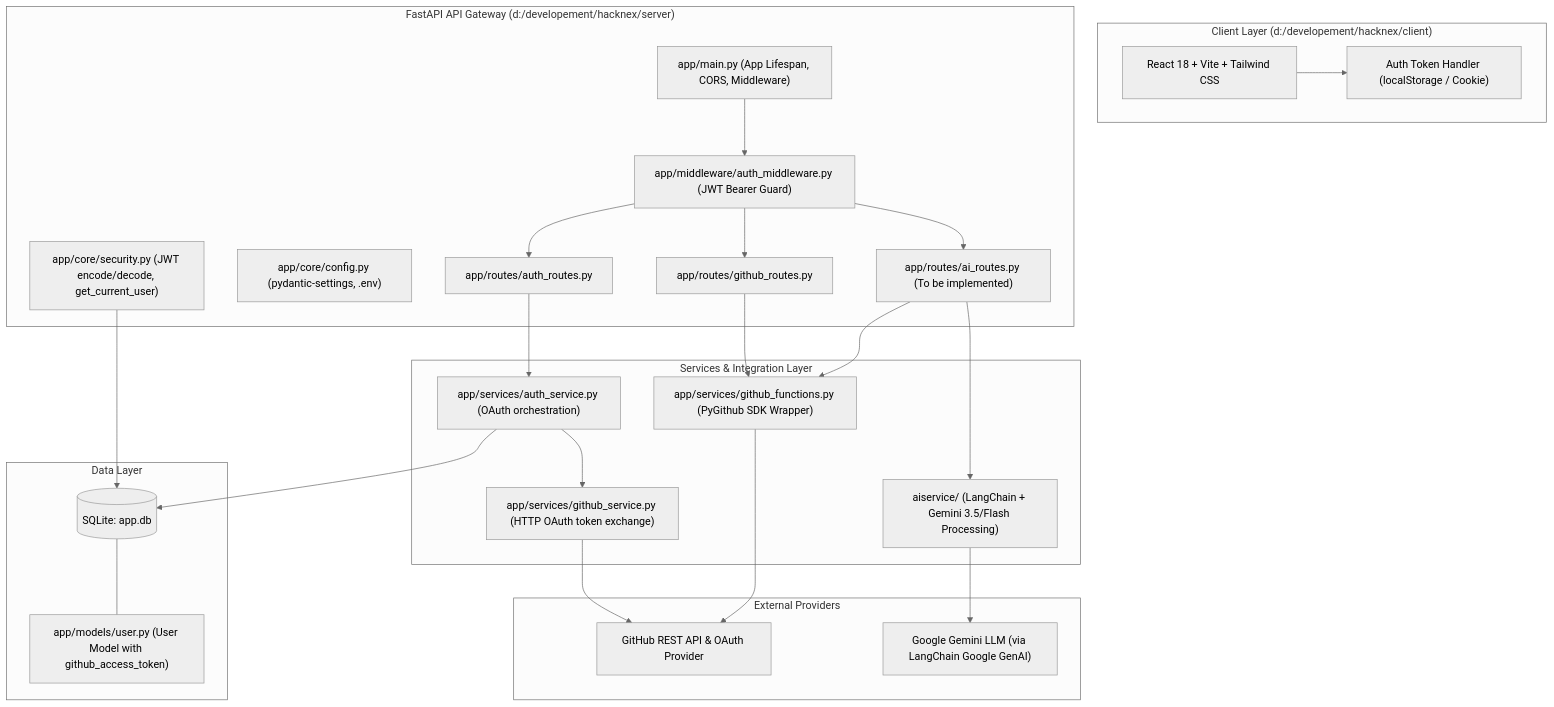
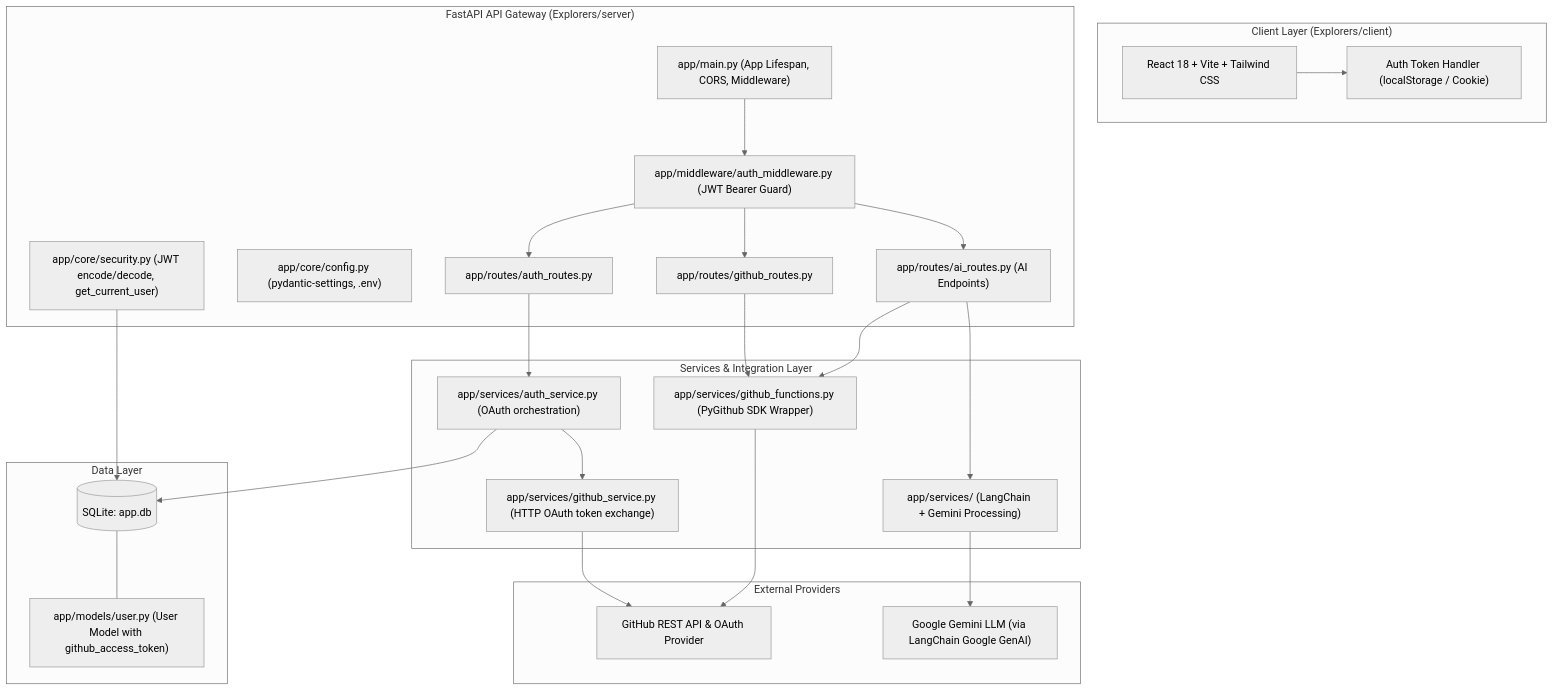
One commit to Dev-Saurabh-K/Explorers changed the second of 3 diagrams in server/docs/AI_DEVELOPER_GUIDE.md. Above: the diagram before and after it, drawn with Mermaid (neutral theme). The commit also changed other lines of this file, not shown here.

````diff
--- a/server/docs/AI_DEVELOPER_GUIDE.md
+++ b/server/docs/AI_DEVELOPER_GUIDE.md
@@ -58,53 +64,53 @@
 ```mermaid
 flowchart TD
-    subgraph ClientLayer ["Client Layer (d:/developement/hacknex/client)"]
+    subgraph ClientLayer ["Client Layer (Explorers/client)"]
         UI["React 18 + Vite + Tailwind CSS"]
         AuthHook["Auth Token Handler (localStorage / Cookie)"]
         UI --> AuthHook
     end
 
-    subgraph APIGateway ["FastAPI API Gateway (d:/developement/hacknex/server)"]
+    subgraph APIGateway ["FastAPI API Gateway (Explorers/server)"]
         Main["app/main.py (App Lifespan, CORS, Middleware)"]
         AuthMiddleware["app/middleware/auth_middleware.py (JWT Bearer Guard)"]
         Security["app/core/security.py (JWT encode/decode, get_current_user)"]
         Config["app/core/config.py (pydantic-settings, .env)"]
         
         AuthRoutes["app/routes/auth_routes.py"]
         GithubRoutes["app/routes/github_routes.py"]
-        AIRoutes["app/routes/ai_routes.py (To be implemented)"]
+        AIRoutes["app/routes/ai_routes.py (AI Endpoints)"]
         
         Main --> AuthMiddleware
         AuthMiddleware --> AuthRoutes
         AuthMiddleware --> GithubRoutes
         AuthMiddleware --> AIRoutes
     end
 
     subgraph ServicesLayer ["Services & Integration Layer"]
         AuthService["app/services/auth_service.py (OAuth orchestration)"]
         GithubService["app/services/github_service.py (HTTP OAuth token exchange)"]
         GithubFunctions["app/services/github_functions.py (PyGithub SDK Wrapper)"]
-        AIService["aiservice/ (LangChain + Gemini 3.5/Flash Processing)"]
+        AIService["app/services/ (LangChain + Gemini Processing)"]
         
         AuthRoutes --> AuthService
         AuthService --> GithubService
         GithubRoutes --> GithubFunctions
         AIRoutes --> GithubFunctions
         AIRoutes --> AIService
     end
 
     subgraph DataStorage ["Data Layer"]
         DB[(SQLite: app.db)]
         UserModel["app/models/user.py (User Model with github_access_token)"]
         DB --- UserModel
         AuthService --> DB
         Security --> DB
     end
 
     subgraph ExternalServices ["External Providers"]
         GitHubAPI["GitHub REST API & OAuth Provider"]
         GeminiAPI["Google Gemini LLM (via LangChain Google GenAI)"]
         GithubService --> GitHubAPI
         GithubFunctions --> GitHubAPI
         AIService --> GeminiAPI
     end
 ```
````
